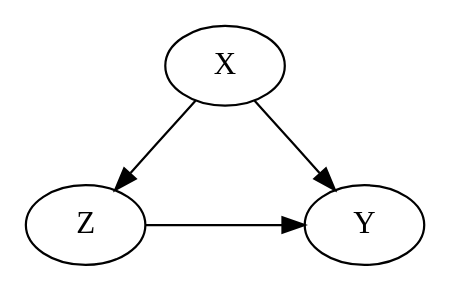
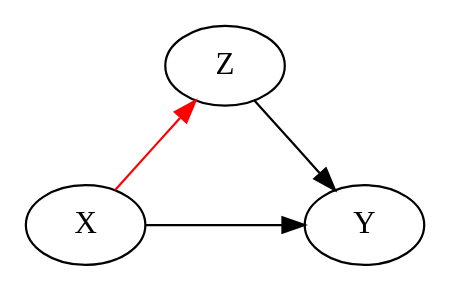
One commit to vdeni/causal-inference_bayes-and-dags changed the third of 4 diagrams in reports/exploring-causality.qmd. Above: the diagram before and after it, drawn with Graphviz. The commit also changed other lines of this file and 1 other file, not shown here.

````diff
--- a/reports/exploring-causality.qmd
+++ b/reports/exploring-causality.qmd
@@ -296,14 +296,15 @@
 ```{dot fig_bn_x-confound}
 //| fig-align: center
 //| fig-cap: The obviously false DAG.
 //| label: fig-three-var-confounding-x-confound
 
 digraph G {
     layout=dot;
+    Z[rank="min"];
     rankdir=TB;
-    X -> Y;
-    X -> Z;
-    Z -> Y[minlen=4];
-    {rank="same"; Z; Y;}
+    X -> Y[minlen=4];
+    X -> Z[color="red"];
+    Z -> Y;
+    {rank="same"; X; Y;}
 }
 ```
````
